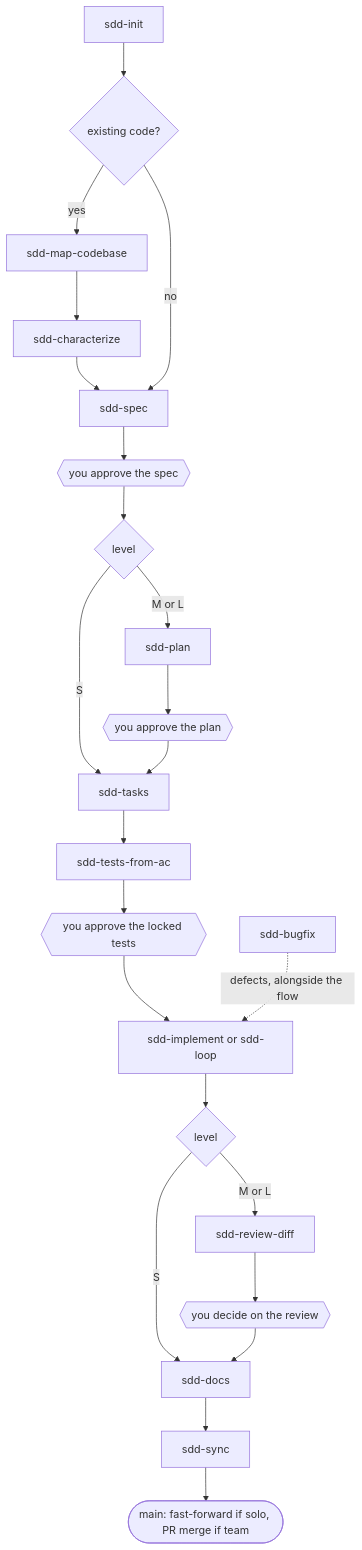
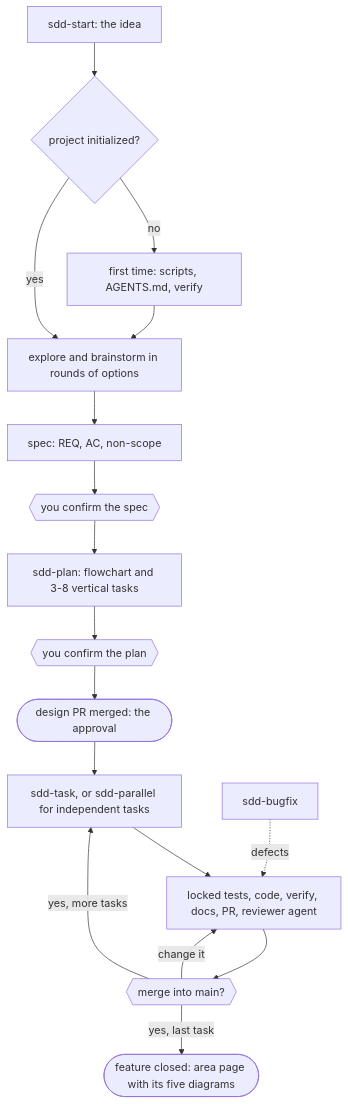
The diagram in README.md (jumping2000/sdd-playbook), drawn with Mermaid before and after one commit. The commit also changed other lines of this file and 16 other files, not shown here.

````diff
--- a/README.md
+++ b/README.md
@@ -95,16 +44,17 @@
 ```mermaid
 flowchart TD
-    init[sdd-init] --> code{existing code?}
-    code -- yes --> map[sdd-map-codebase] --> char[sdd-characterize] --> spec
-    code -- no --> spec[sdd-spec]
-    spec --> g1{{you approve the spec}} --> lvl{level}
-    lvl -- S --> tasks[sdd-tasks]
-    lvl -- M or L --> plan[sdd-plan] --> g2{{you approve the plan}} --> tasks
-    tasks --> tests[sdd-tests-from-ac] --> g3{{you approve the locked tests}}
-    g3 --> impl[sdd-implement or sdd-loop]
-    impl --> lvl2{level}
-    lvl2 -- S --> docs
-    lvl2 -- M or L --> review[sdd-review-diff] --> g4{{you decide on the review}} --> docs[sdd-docs]
-    docs --> sync[sdd-sync] --> pr([main: fast-forward if solo, PR merge if team])
-    bug[sdd-bugfix] -. defects, alongside the flow .-> impl
+    start["sdd-start: the idea"] --> init{project initialized?}
+    init -- no --> setup[first time: scripts, AGENTS.md, verify]
+    init -- yes --> explore
+    setup --> explore[explore and brainstorm in rounds of options]
+    explore --> spec[spec: REQ, AC, non-scope] --> g1{{you confirm the spec}}
+    g1 --> plan["sdd-plan: flowchart and 3-8 vertical tasks"] --> g2{{you confirm the plan}}
+    g2 --> design([design PR merged: the approval])
+    design --> task["sdd-task, or sdd-parallel for independent tasks"]
+    task --> pr[locked tests, code, verify, docs, PR, reviewer agent]
+    pr --> g3{{merge into main?}}
+    g3 -- yes, more tasks --> task
+    g3 -- change it --> pr
+    g3 -- yes, last task --> done([feature closed: area page with its five diagrams])
+    bug[sdd-bugfix] -. defects .-> pr
 ```
````
